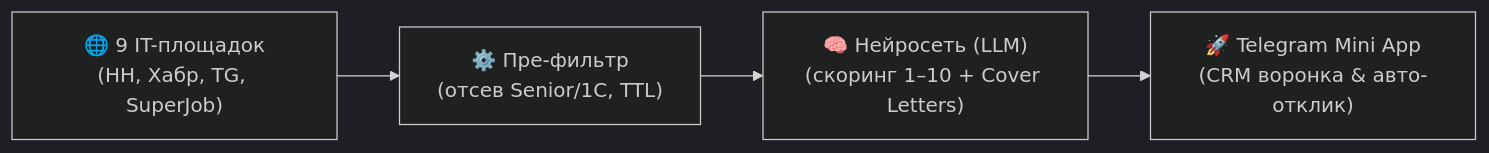
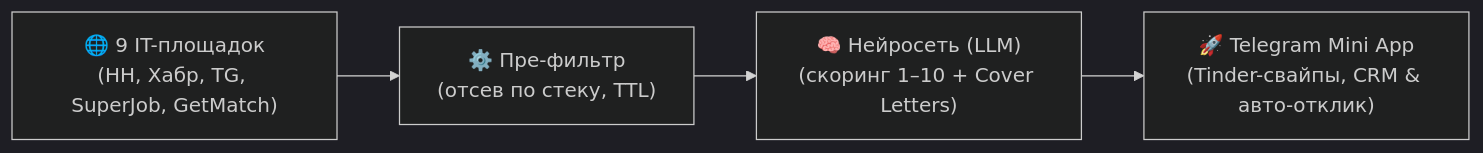
The diagram in README.md (nikitos7626/career-hub-bot), drawn with Mermaid (dark theme) before and after one commit. The commit also changed other lines of this file and 5 other files, not shown here.

````diff
--- a/README.md
+++ b/README.md
@@ -27,6 +37,6 @@
 ```mermaid
 flowchart LR
-    A["🌐 9 IT-площадок<br/>(HH, Хабр, TG, SuperJob)"] --> B["⚙️ Пре-фильтр<br/>(отсев Senior/1C, TTL)"]
+    A["🌐 9 IT-площадок<br/>(HH, Хабр, TG, SuperJob, GetMatch)"] --> B["⚙️ Пре-фильтр<br/>(отсев по стеку, TTL)"]
     B --> C["🧠 Нейросеть (LLM)<br/>(скоринг 1–10 + Cover Letters)"]
-    C --> D["🚀 Telegram Mini App<br/>(CRM воронка & авто-отклик)"]
+    C --> D["🚀 Telegram Mini App<br/>(Tinder-свайпы, CRM & авто-отклик)"]
 ```
````
